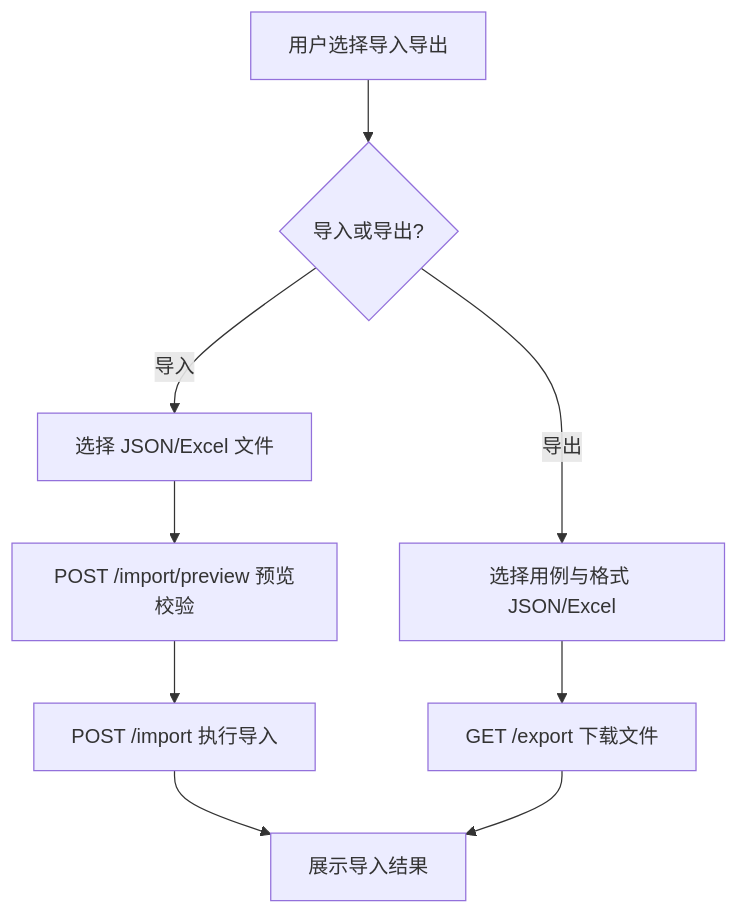
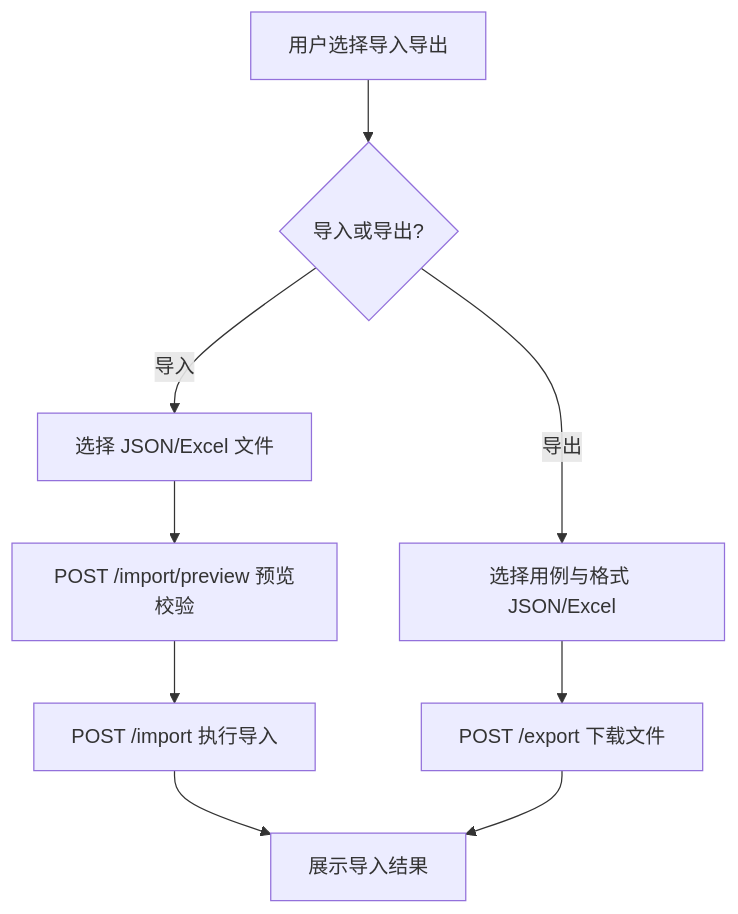
Before and after one commit to ydz-auto/intelligent_audio_test: the third of 4 diagrams in Intelligent-Audio-TEST/doc/功能设计文档/07_用例管理/用例管理功能设计文档.md, drawn with Mermaid. The commit also changed other lines of this file and 13 other files, not shown here.

````diff
--- a/Intelligent-Audio-TEST/doc/功能设计文档/07_用例管理/用例管理功能设计文档.md
+++ b/Intelligent-Audio-TEST/doc/功能设计文档/07_用例管理/用例管理功能设计文档.md
@@ -321,11 +356,11 @@
 ```mermaid
 flowchart TD
     A[用户选择导入导出] --> B{导入或导出?}
     B -->|导入| C[选择 JSON/Excel 文件]
     C --> D[POST /import/preview 预览校验]
     D --> E[POST /import 执行导入]
     E --> I[展示导入结果]
     B -->|导出| F[选择用例与格式 JSON/Excel]
-    F --> G[GET /export 下载文件]
+    F --> G[POST /export 下载文件]
     G --> I
 ```
````
